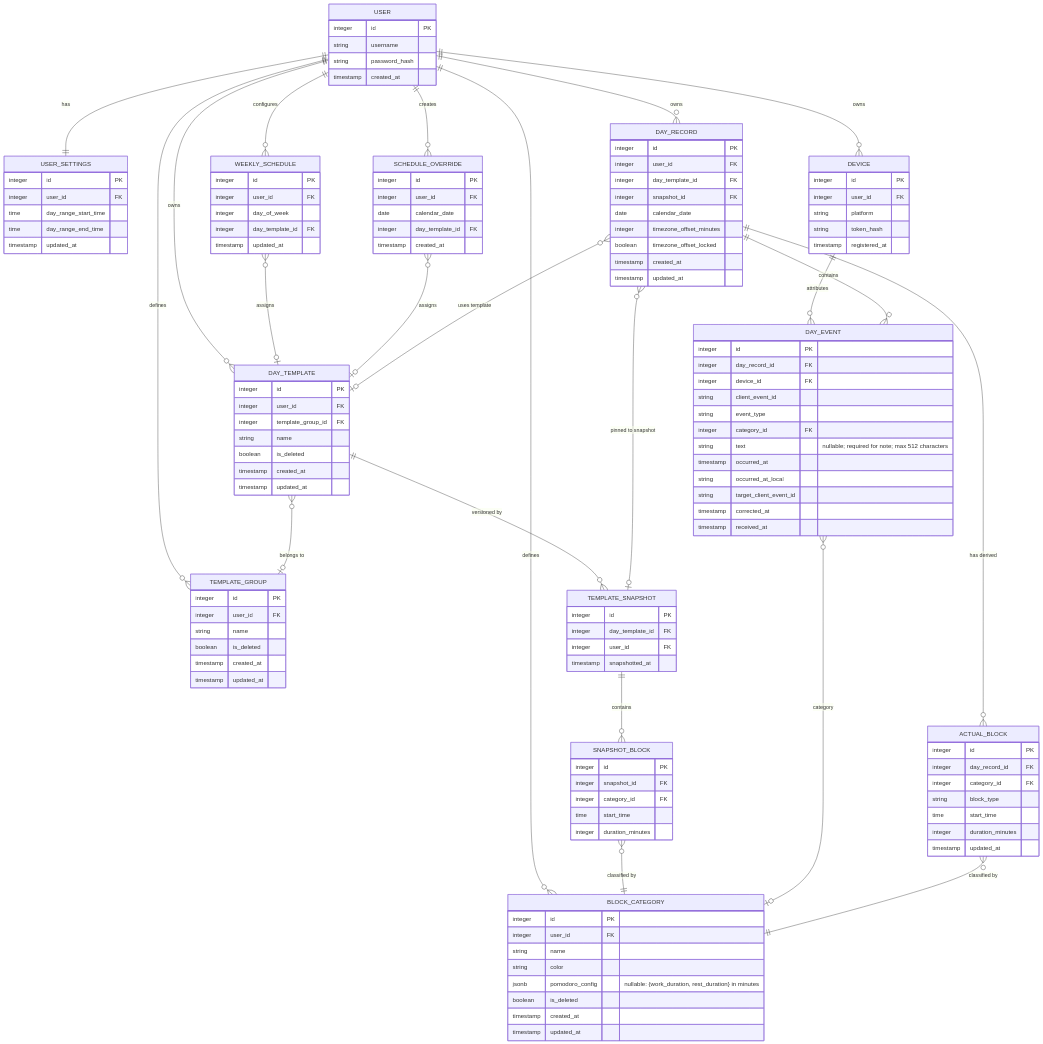
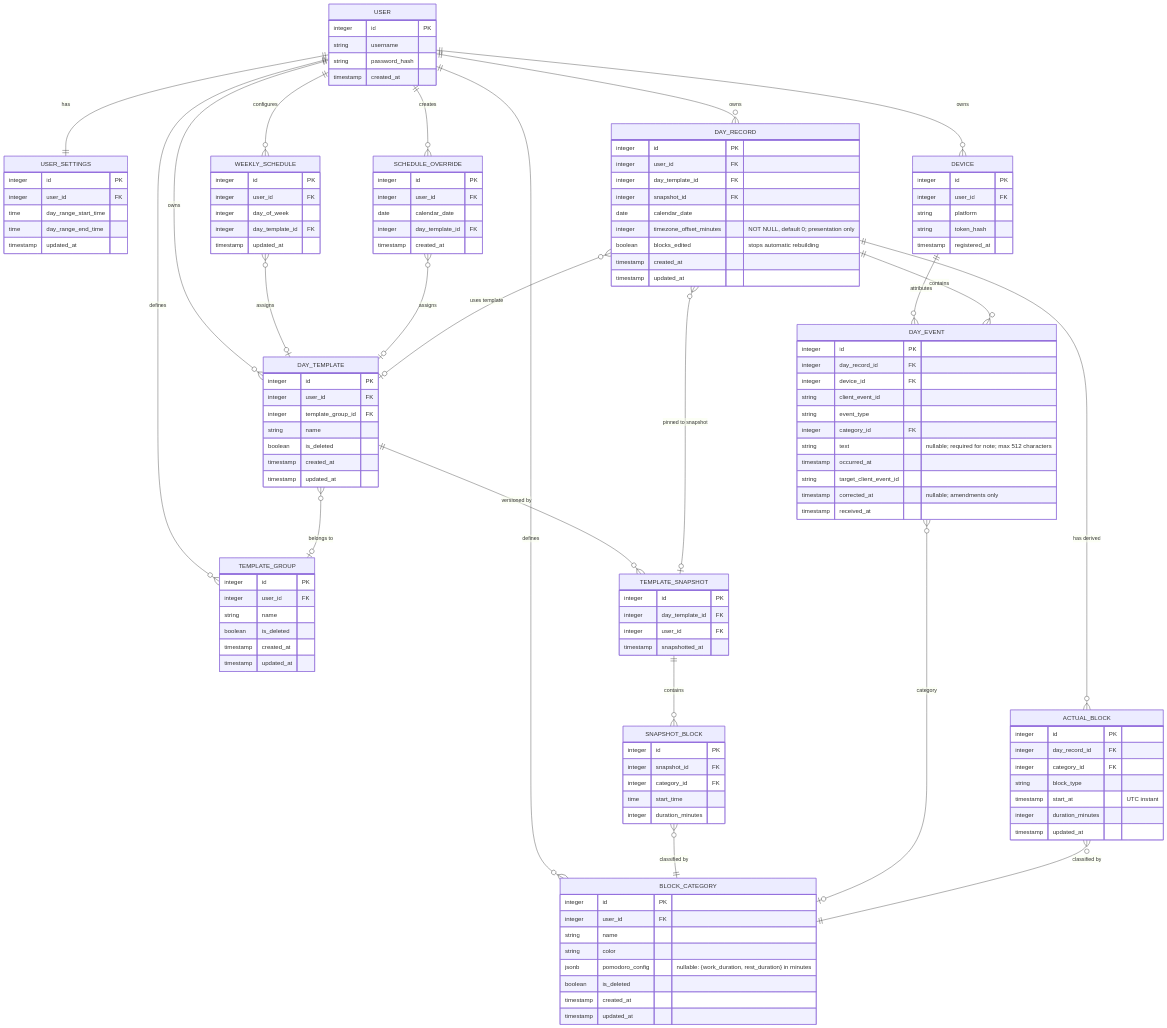
One commit to sem0ark/todo-planner changed the diagram in docs/API and DB.md. Above: the diagram before and after it, drawn with Mermaid. The commit also changed other lines of this file and 27 other files, not shown here.

```diff
--- a/docs/API and DB.md
+++ b/docs/API and DB.md
@@ -156,8 +157,8 @@
         integer day_template_id FK
         integer snapshot_id FK
         date calendar_date
-        integer timezone_offset_minutes
-        boolean timezone_offset_locked
+        integer timezone_offset_minutes "NOT NULL, default 0; presentation only"
+        boolean blocks_edited "stops automatic rebuilding"
         timestamp created_at
         timestamp updated_at
     }
@@ -171,9 +172,8 @@
         integer category_id FK
         string text "nullable; required for note; max 512 characters"
         timestamp occurred_at
-        string occurred_at_local
         string target_client_event_id
-        timestamp corrected_at
+        timestamp corrected_at "nullable; amendments only"
         timestamp received_at
     }
 
@@ -182,7 +182,7 @@
         integer day_record_id FK
         integer category_id FK
         string block_type
-        time start_time
+        timestamp start_at "UTC instant"
         integer duration_minutes
         timestamp updated_at
     }
```
